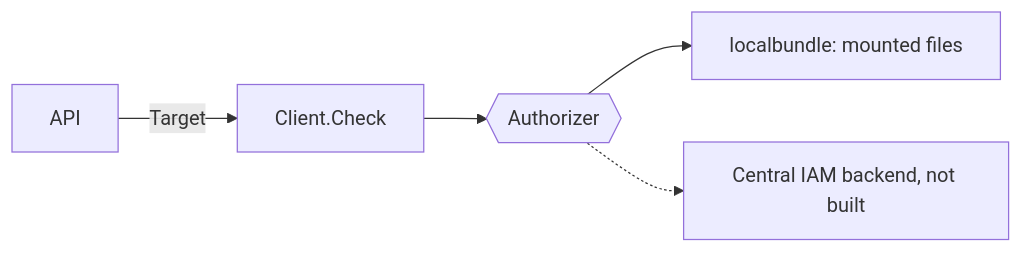
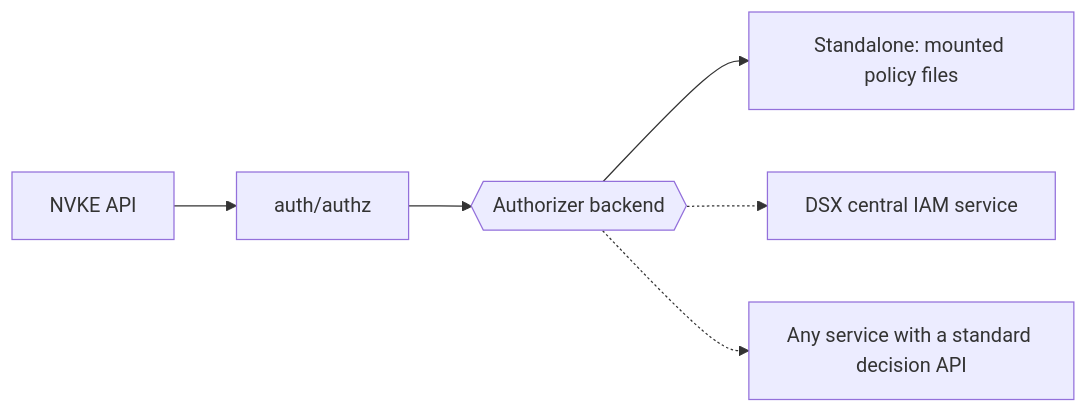
The diagram in docs/adrs/20261106-pluggable-authorization.md (dsx-ai-factory/nvke), drawn with Mermaid before and after one commit. The commit also changed other lines of this file, not shown here.

````diff
--- a/docs/adrs/20261106-pluggable-authorization.md
+++ b/docs/adrs/20261106-pluggable-authorization.md
@@ -41,7 +30,8 @@
 ```mermaid
 flowchart LR
-    api[API] -- Target --> client[Client.Check]
-    client --> backend{{Authorizer}}
-    backend --> local[localbundle: mounted files]
-    backend -.-> iam[Central IAM backend, not built]
+    api[NVKE API] --> lib[auth/authz]
+    lib --> backend{{Authorizer backend}}
+    backend --> local[Standalone: mounted policy files]
+    backend -.-> dsx[DSX central IAM service]
+    backend -.-> other[Any service with a standard decision API]
 ```
````
